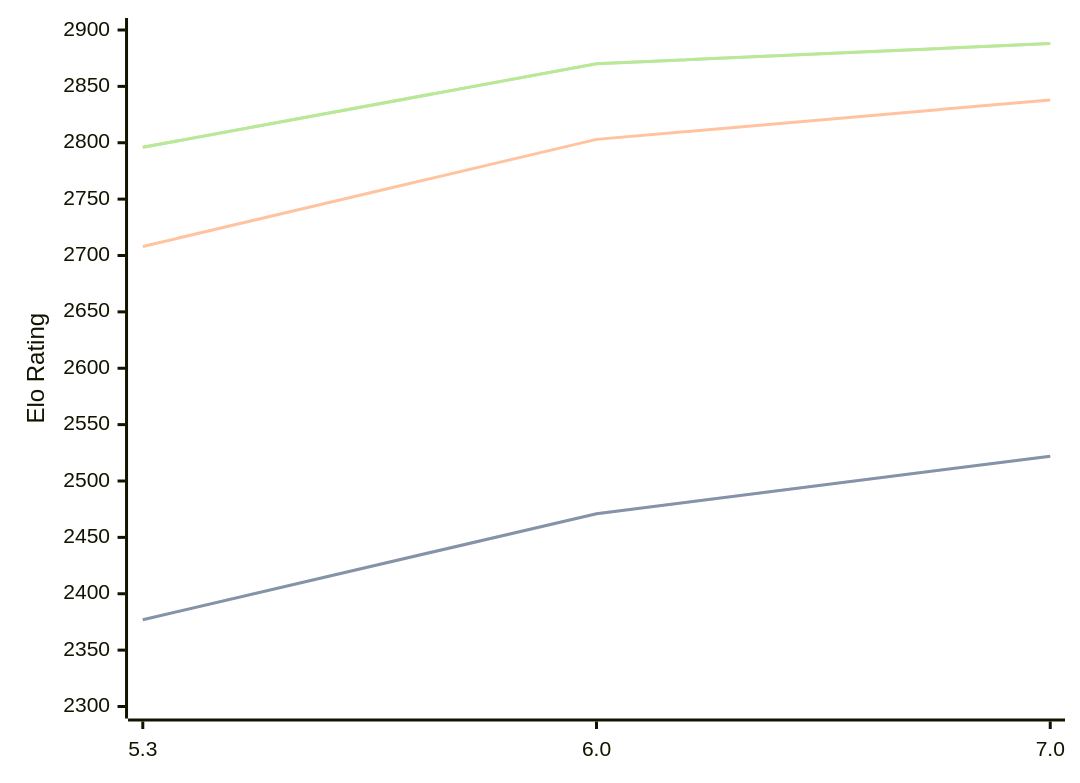
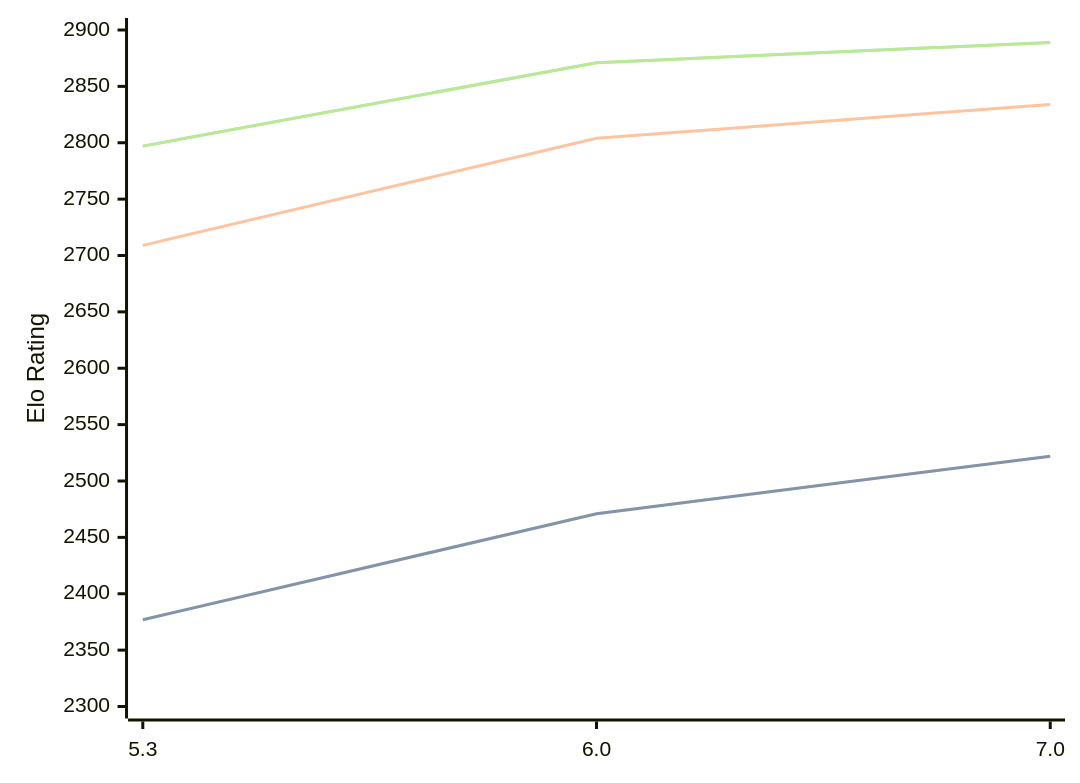
Before and after one commit to computer-chess-index/cci: the diagram in engines/tomitankChess.md, drawn with Mermaid. The commit also changed other lines of this file, not shown here.

Commit message:
Update CCI Ratings (ELO VLTC) - 2026-08-05

````diff
--- a/engines/tomitankChess.md
+++ b/engines/tomitankChess.md
@@ -41,11 +41,11 @@
 ```mermaid
 %%{init: {"theme":"base","themeVariables":{"seriesColors:['#a3a3a3','#222221','#faa371']}}}%%
 xychart-beta
   x-axis ["5.3", "6.0", "7.0"]
   y-axis "Elo Rating" 2300 --> 2900
   line "STC (8.0+0.08s)" [2377, 2471, 2522]
   line "STC (8.0+0.08s)" [2377, 2471, 2522]
-  line "LTC (60.0+0.60s)" [2708, 2803, 2838]
-  line "VLTC (2m24s+1.12s)" [2796, 2870, 2888]
-  line "VLTC (2m24s+1.12s)" [2796, 2870, 2888]
+  line "LTC (60.0+0.60s)" [2709, 2804, 2834]
+  line "VLTC (2m24s+1.12s)" [2797, 2871, 2889]
+  line "VLTC (2m24s+1.12s)" [2797, 2871, 2889]
 ```
````
